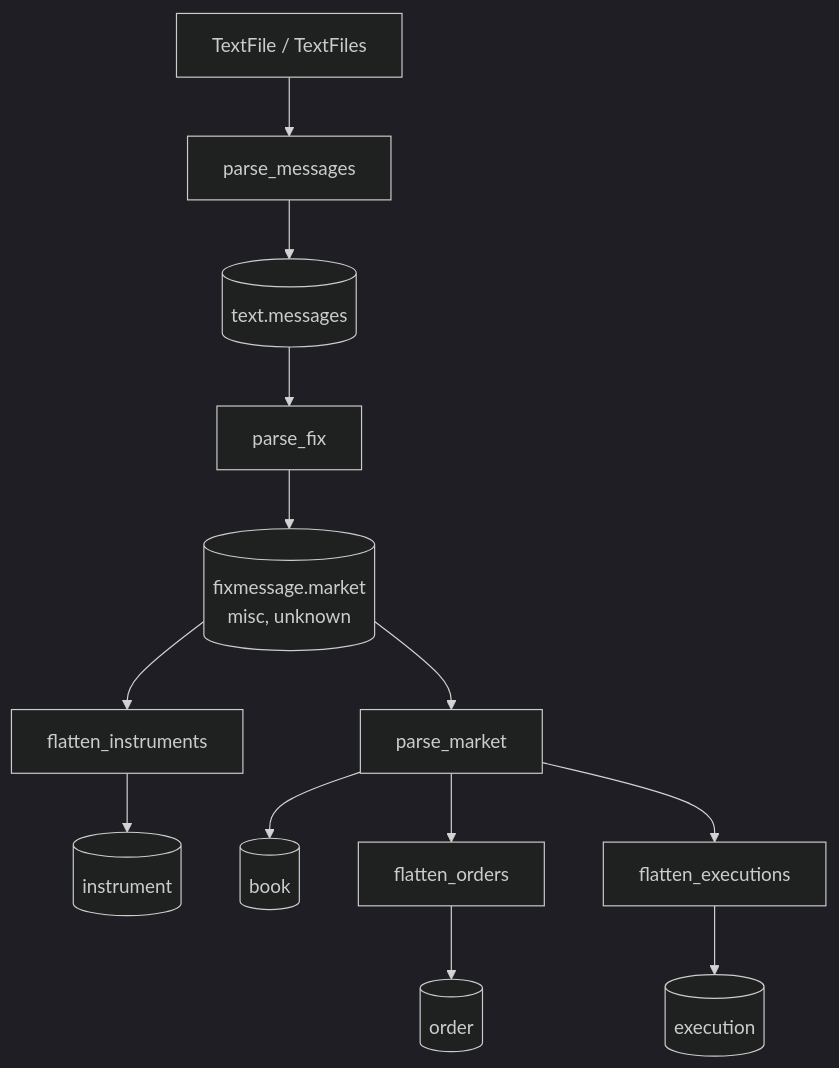
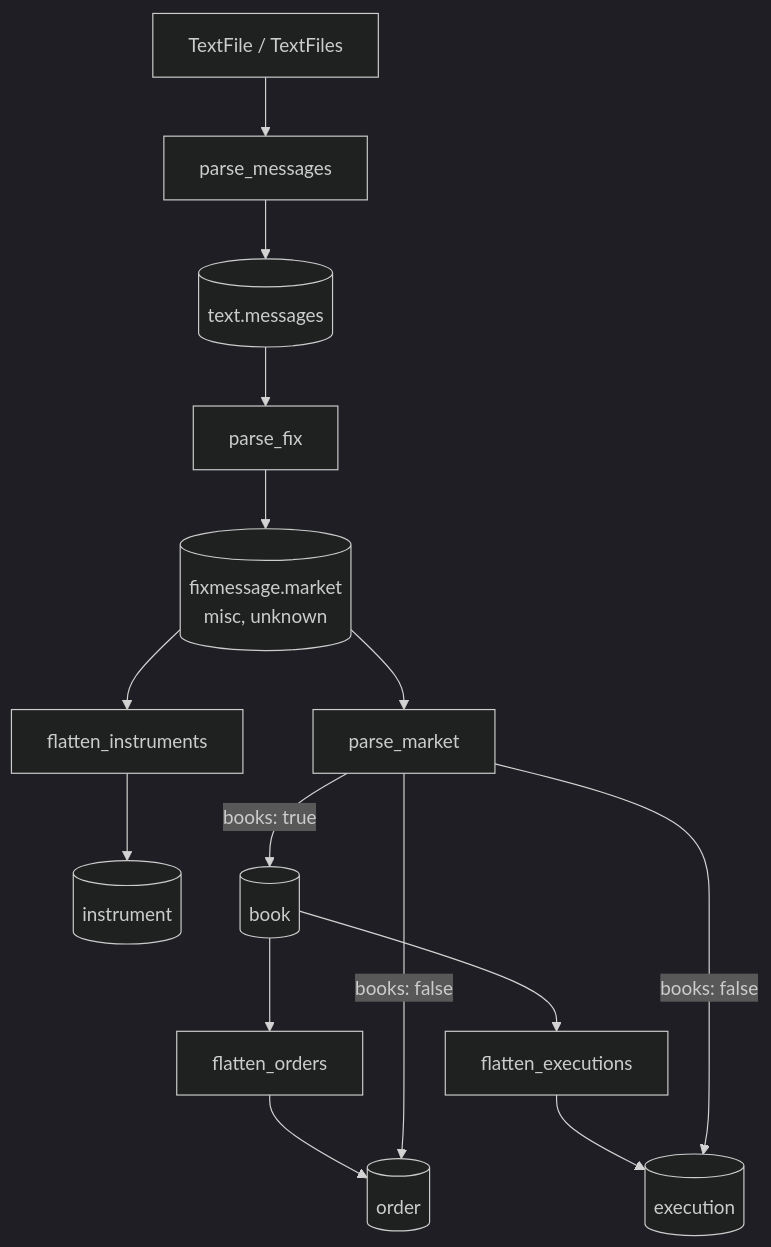
One commit to Platob/yggfin changed the diagram in docs/index.md. Above: the diagram before and after it, drawn with Mermaid (dark theme). The commit also changed other lines of this file and 52 other files, not shown here.

````diff
--- a/docs/index.md
+++ b/docs/index.md
@@ -10,11 +17,14 @@
 ```mermaid
 flowchart TD
     L[TextFile / TextFiles] --> PM[parse_messages]
     PM --> M[(text.messages)]
     M --> PF[parse_fix]
     PF --> FM[(fixmessage.market<br/>misc, unknown)]
     FM --> FI[flatten_instruments] --> I[(instrument)]
-    FM --> PK[parse_market] --> B[(book)]
-    PK --> FO[flatten_orders] --> O[(order)]
-    PK --> FE[flatten_executions] --> E[(execution)]
+    FM --> PK[parse_market]
+    PK -->|books: true| B[(book)]
+    B --> FO[flatten_orders] --> O[(order)]
+    B --> FE[flatten_executions] --> E[(execution)]
+    PK -->|books: false| O
+    PK -->|books: false| E
 ```
````
